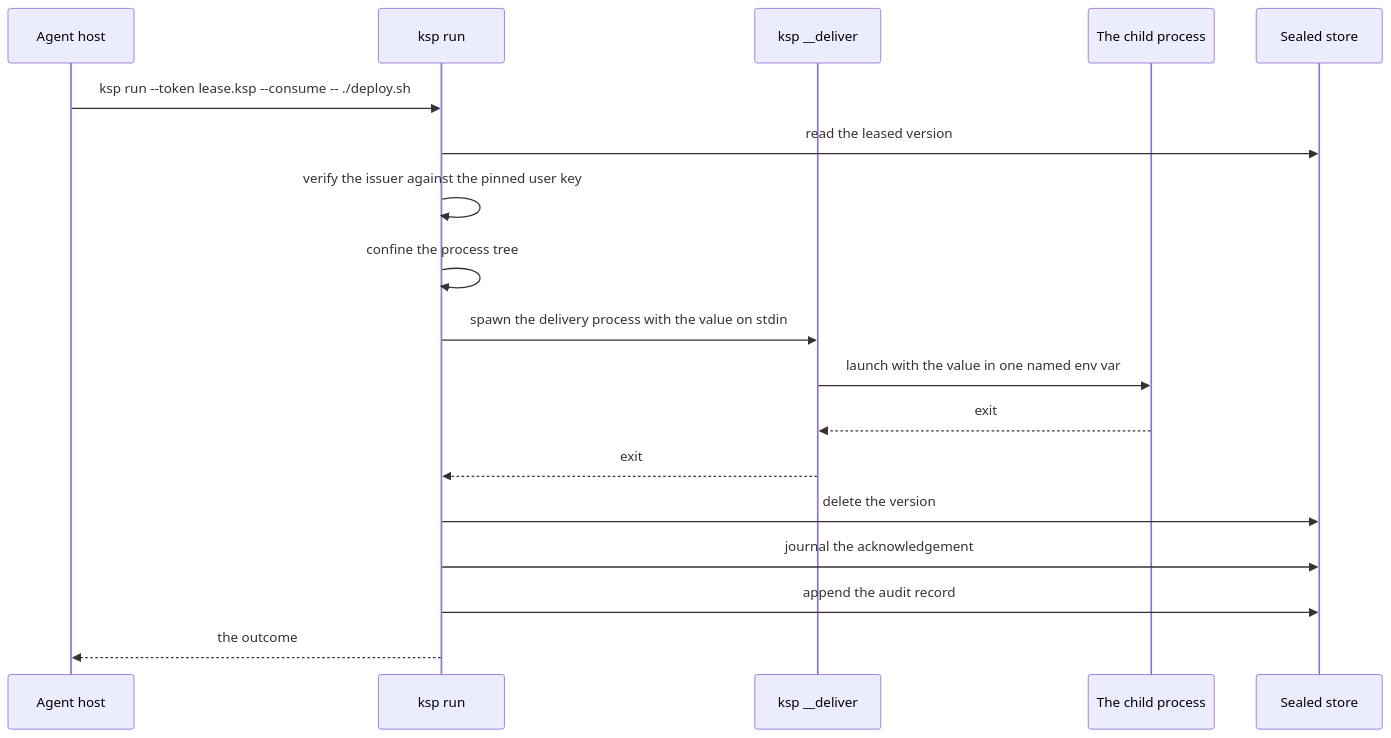
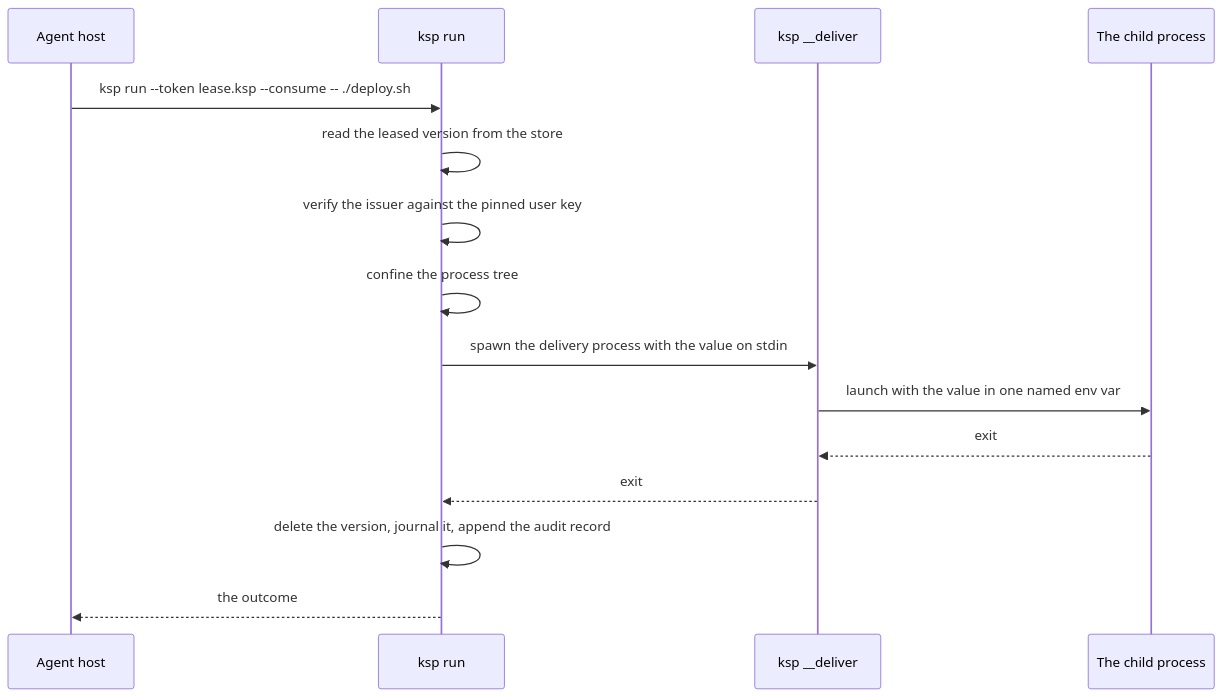
One commit to bruj0/keyspout changed the fourth of 7 diagrams in site/docs/workflows/overview.md. Above: the diagram before and after it, drawn with Mermaid. The commit also changed other lines of this file and 22 other files, not shown here.

First line of the commit message:
feat(site): zoom every diagram, and make the wide ones vertical (#21)

````diff
--- a/site/docs/workflows/overview.md
+++ b/site/docs/workflows/overview.md
@@ -154,21 +153,18 @@
 ```mermaid
 sequenceDiagram
   participant Agent as Agent host
   participant Run as ksp run
   participant Deliver as ksp __deliver
   participant Child as The child process
-  participant Store as Sealed store
 
   Agent->>Run: ksp run --token lease.ksp --consume -- ./deploy.sh
-  Run->>Store: read the leased version
+  Run->>Run: read the leased version from the store
   Run->>Run: verify the issuer against the pinned user key
   Run->>Run: confine the process tree
   Run->>Deliver: spawn the delivery process with the value on stdin
   Deliver->>Child: launch with the value in one named env var
   Child-->>Deliver: exit
   Deliver-->>Run: exit
-  Run->>Store: delete the version
-  Run->>Store: journal the acknowledgement
-  Run->>Store: append the audit record
+  Run->>Run: delete the version, journal it, append the audit record
   Run-->>Agent: the outcome
 ```
````
